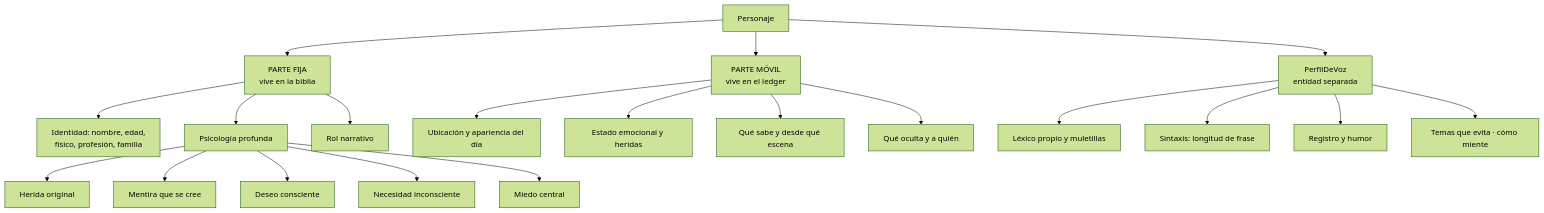
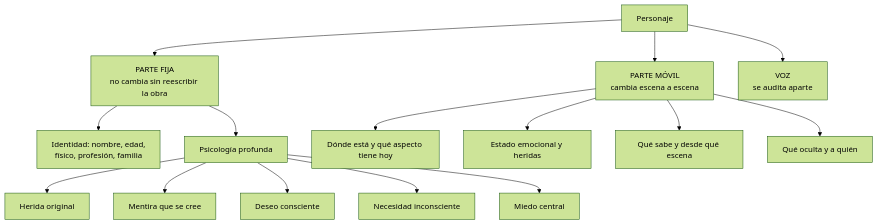
The second of 5 diagrams in docs/domain-knowledge.md (maujimenez4/ciberpunk-storymaker), drawn with Mermaid (forest theme) before and after one commit. The commit also changed other lines of this file and 2 other files, not shown here.

````diff
--- a/docs/domain-knowledge.md
+++ b/docs/domain-knowledge.md
@@ -275,28 +115,20 @@
 ```mermaid
 flowchart TD
   PJ["Personaje"]
-
-  PJ --> F["PARTE FIJA<br/>vive en la biblia"]
-  PJ --> M["PARTE MÓVIL<br/>vive en el ledger"]
-  PJ --> V["PerfilDeVoz<br/>entidad separada"]
+  PJ --> F["PARTE FIJA<br/>no cambia sin reescribir la obra"]
+  PJ --> M["PARTE MÓVIL<br/>cambia escena a escena"]
+  PJ --> V["VOZ<br/>se audita aparte"]
 
   F --> F1["Identidad: nombre, edad,<br/>físico, profesión, familia"]
   F --> F2["Psicología profunda"]
-  F --> F3["Rol narrativo"]
-
   F2 --> F21["Herida original"]
   F2 --> F22["Mentira que se cree"]
   F2 --> F23["Deseo consciente"]
   F2 --> F24["Necesidad inconsciente"]
   F2 --> F25["Miedo central"]
 
-  M --> M1["Ubicación y apariencia del día"]
+  M --> M1["Dónde está y qué aspecto tiene hoy"]
   M --> M2["Estado emocional y heridas"]
   M --> M3["Qué sabe y desde qué escena"]
   M --> M4["Qué oculta y a quién"]
-
-  V --> V1["Léxico propio y muletillas"]
-  V --> V2["Sintaxis: longitud de frase"]
-  V --> V3["Registro y humor"]
-  V --> V4["Temas que evita · cómo miente"]
 ```
````
